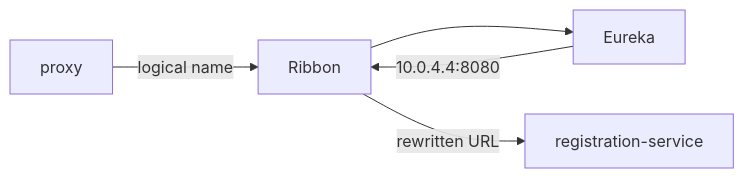
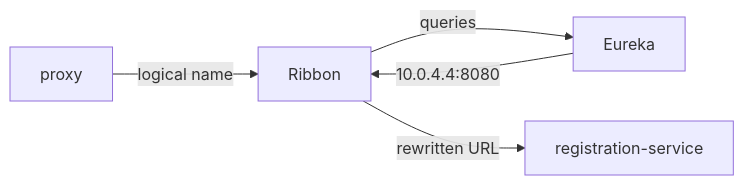
Before and after one commit to vinayakuber/microservices-io-study-guide: diagram 11 of 13 in docs/ch09-client-side-discovery.md, drawn with Mermaid. The commit also changed other lines of this file and 71 other files, not shown here.

First line of the commit message:
R18: label every diagram arrow with its meaning

````diff
--- a/docs/ch09-client-side-discovery.md
+++ b/docs/ch09-client-side-discovery.md
@@ -395,7 +395,7 @@
 ```mermaid
 flowchart LR
   P["proxy"] -->|"logical name"| RBN["Ribbon"]
-  RBN --> EUK["Eureka"]
+  RBN -->|"queries"| EUK["Eureka"]
   EUK -->|"10.0.4.4:8080"| RBN
   RBN -->|"rewritten URL"| SVC["registration-service"]
 ```
````
